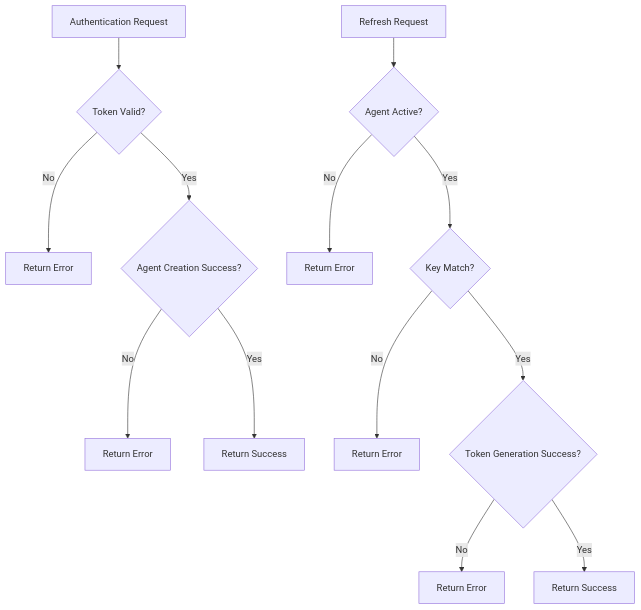
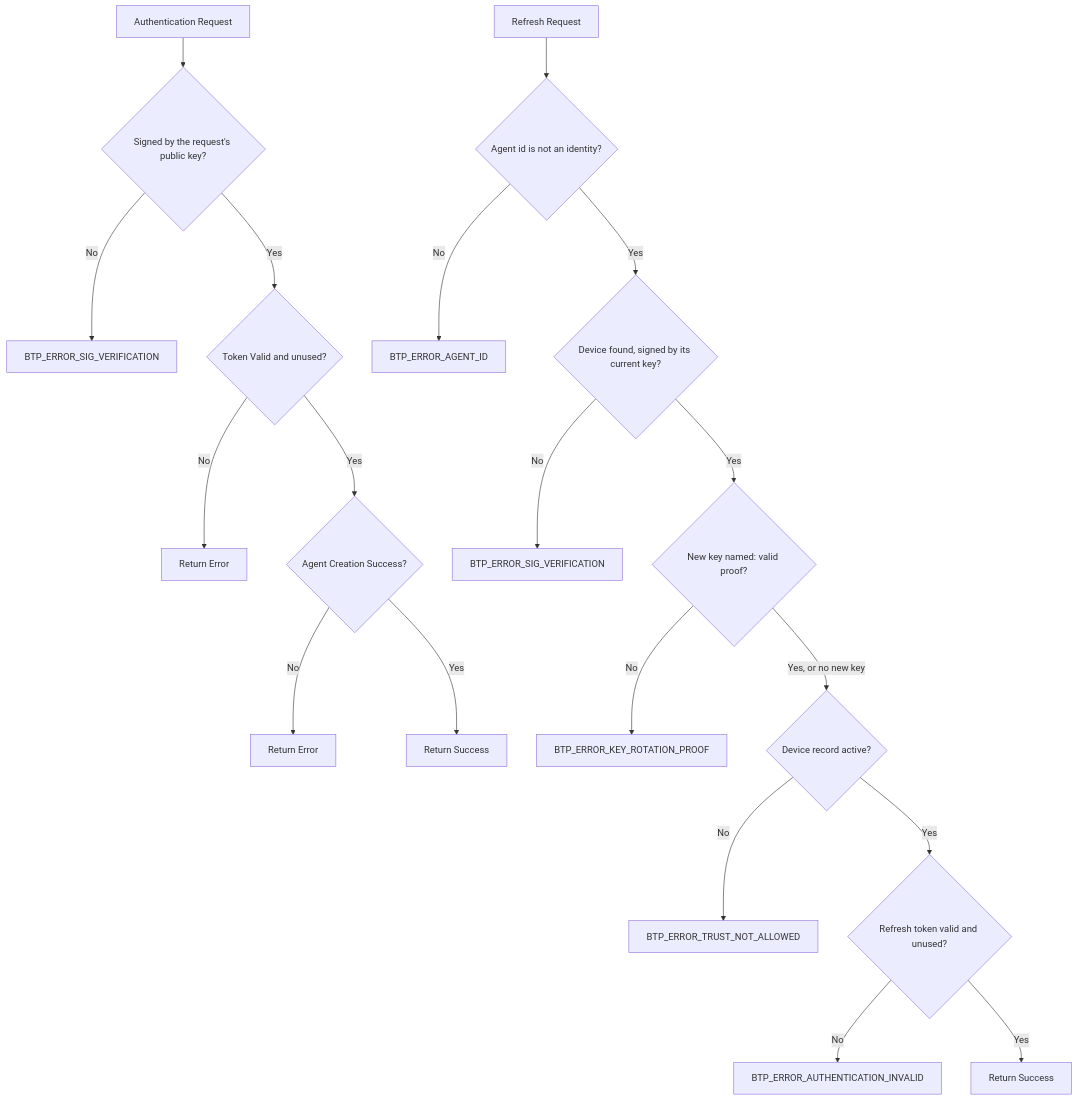
One commit to openbtps/btps-node changed the third of 3 diagrams in docs/docusaurus/docs/protocol/authentication/authenticationFlow.md. Above: the diagram before and after it, drawn with Mermaid. The commit also changed other lines of this file and 26 other files, not shown here.

First line of the commit message:
Docs: bring every diagram in line with 1.1

````diff
--- a/docs/docusaurus/docs/protocol/authentication/authenticationFlow.md
+++ b/docs/docusaurus/docs/protocol/authentication/authenticationFlow.md
@@ -496,16 +503,22 @@
 ```mermaid
 graph TD
-    A[Authentication Request] --> B{Token Valid?}
+    A[Authentication Request] --> A1{Signed by the request's public key?}
+    A1 -->|No| A2[BTP_ERROR_SIG_VERIFICATION]
+    A1 -->|Yes| B{Token Valid and unused?}
     B -->|No| C[Return Error]
     B -->|Yes| D{Agent Creation Success?}
     D -->|No| E[Return Error]
     D -->|Yes| F[Return Success]
 
-    G[Refresh Request] --> H{Agent Active?}
-    H -->|No| I[Return Error]
-    H -->|Yes| J{Key Match?}
-    J -->|No| K[Return Error]
-    J -->|Yes| L{Token Generation Success?}
-    L -->|No| M[Return Error]
+    G[Refresh Request] --> G1{Agent id is not an identity?}
+    G1 -->|No| G2[BTP_ERROR_AGENT_ID]
+    G1 -->|Yes| J{Device found, signed by its current key?}
+    J -->|No| K[BTP_ERROR_SIG_VERIFICATION]
+    J -->|Yes| P{New key named: valid proof?}
+    P -->|No| P2[BTP_ERROR_KEY_ROTATION_PROOF]
+    P -->|Yes, or no new key| H{Device record active?}
+    H -->|No| I[BTP_ERROR_TRUST_NOT_ALLOWED]
+    H -->|Yes| L{Refresh token valid and unused?}
+    L -->|No| M[BTP_ERROR_AUTHENTICATION_INVALID]
     L -->|Yes| N[Return Success]
 ```
````
